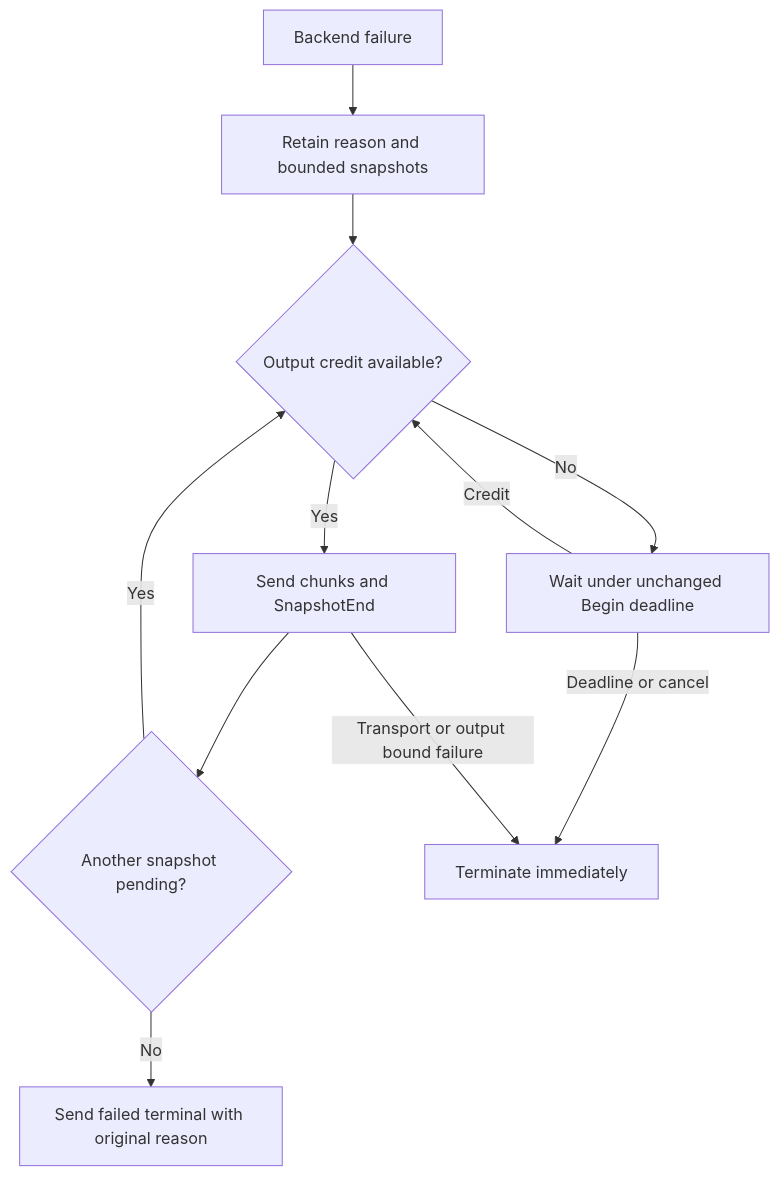
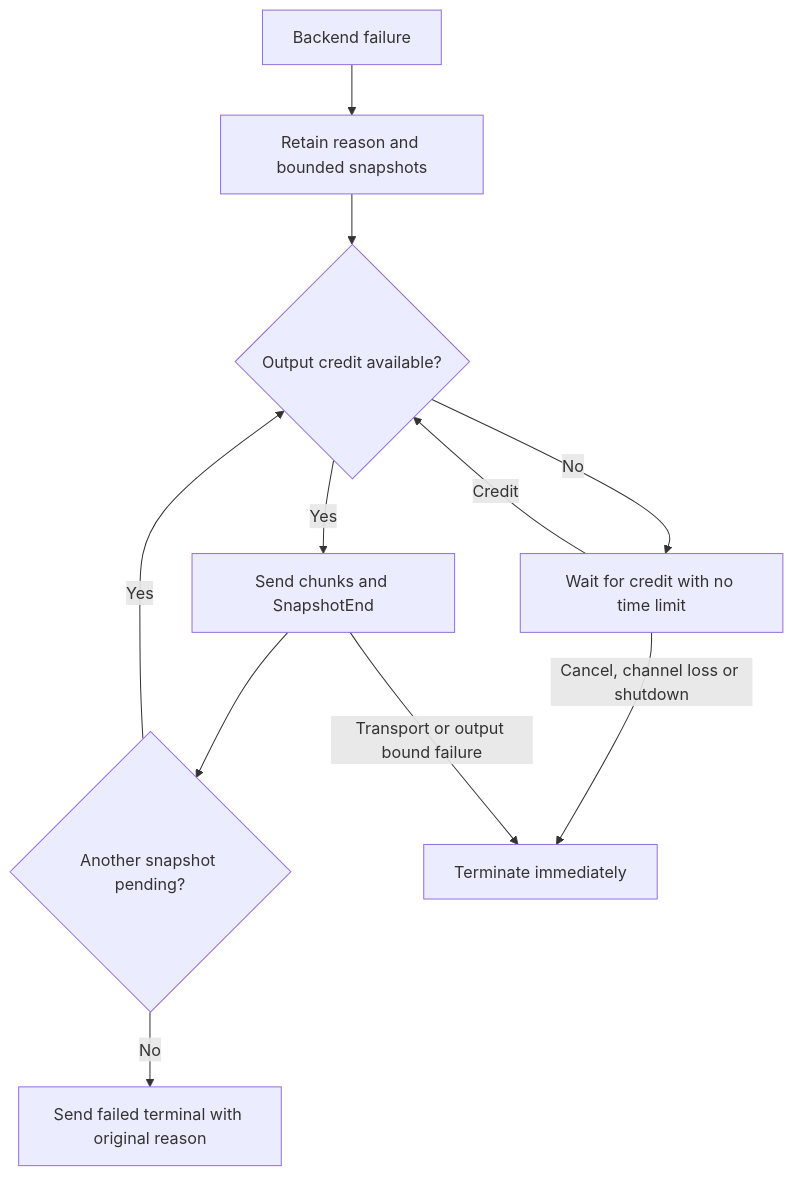
The third of 5 diagrams in docs/designs/response-activity.md (pidster/asura), drawn with Mermaid before and after one commit. The commit also changed other lines of this file and 39 other files, not shown here.

First line of the commit message:
Record time-limit decisions across the designs

````diff
--- a/docs/designs/response-activity.md
+++ b/docs/designs/response-activity.md
@@ -191,13 +195,13 @@
 ```mermaid
 flowchart TD
     Failure[Backend failure] --> Retain[Retain reason and bounded snapshots]
     Retain --> Credit{Output credit available?}
     Credit -->|Yes| Drain[Send chunks and SnapshotEnd]
     Drain --> Pending{Another snapshot pending?}
     Pending -->|Yes| Credit
     Pending -->|No| Failed[Send failed terminal with original reason]
-    Credit -->|No| Wait[Wait under unchanged Begin deadline]
+    Credit -->|No| Wait[Wait for credit with no time limit]
     Wait -->|Credit| Credit
-    Wait -->|Deadline or cancel| Stop[Terminate immediately]
+    Wait -->|Cancel, channel loss or shutdown| Stop[Terminate immediately]
     Drain -->|Transport or output bound failure| Stop
 ```
````
